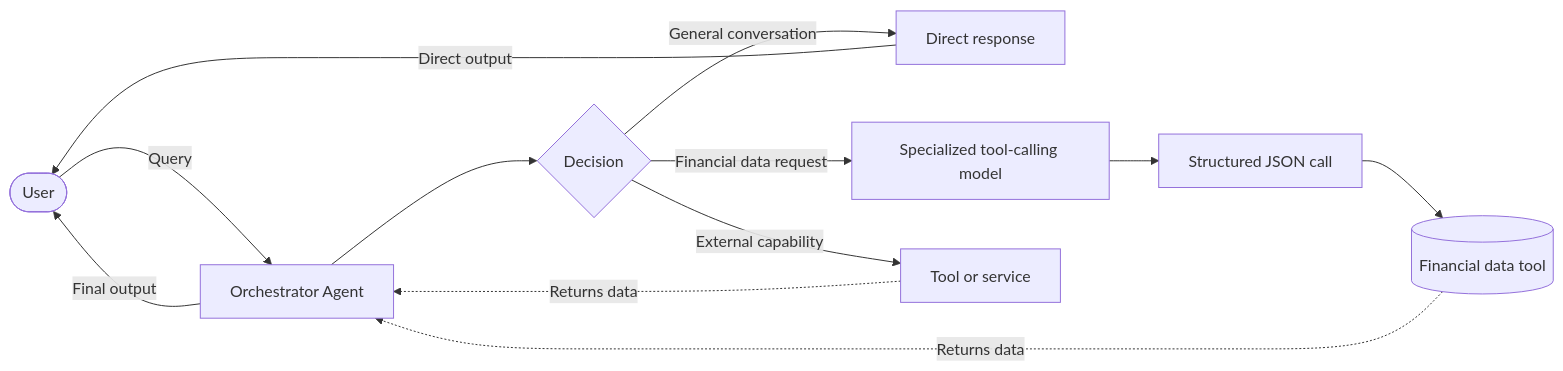
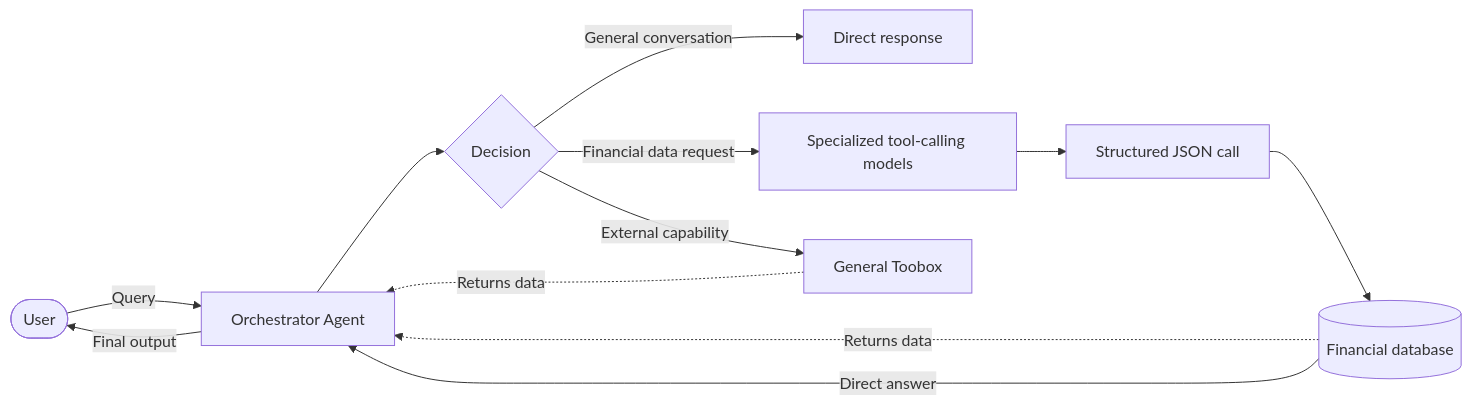
Before and after one commit to erfansoheil/erfansoheil.github.io: the diagram in projects/agentic_finance/README.md, drawn with Mermaid.

Commit message:
Update README.md to correct flowchart labels, changing "Specialized tool-calling model" to "Specialized tool-calling models" and renaming "Tool or service" to "General Toolbox" for improved accuracy. Additionally, clarify the output paths by specifying "Financial database" and adding a direct answer link from the database to the orchestrator agent.

````diff
--- a/projects/agentic_finance/README.md
+++ b/projects/agentic_finance/README.md
@@ -12,33 +12,34 @@
 ```mermaid
 flowchart LR
     %% Define nodes with distinct shapes for better visual hierarchy
     U([User])
     O[Orchestrator Agent]
     R{Decision}
     A[Direct response]
-    F[Specialized tool-calling model]
+    F[Specialized tool-calling models]
     J[Structured JSON call]
-    T[Tool or service]
-    D[(Financial data tool)]
+    T[General Toobox]
+    D[(Financial database)]
+
 
     %% Initial request
     U -->|Query| O
     O --> R
 
     %% Branching logic
     R -->|General conversation| A
     R -->|External capability| T
     R -->|Financial data request| F
 
     %% Financial sub-process
     F --> J
     J --> D
 
     %% Feedback loops (Return paths to Orchestrator)
     D -.->|Returns data| O
     T -.->|Returns data| O
 
     %% Output paths to User
-    A -->|Direct output| U
     O -->|Final output| U
+    D -->|Direct answer| O
 ```
````
